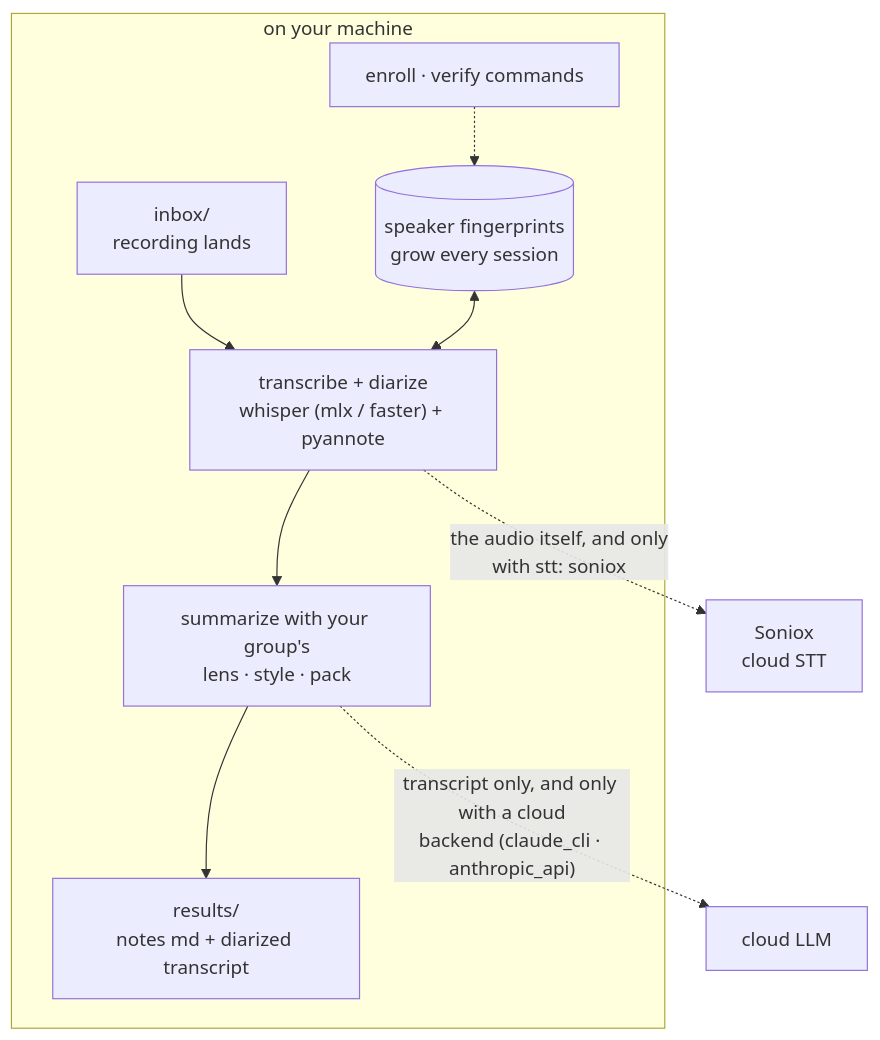
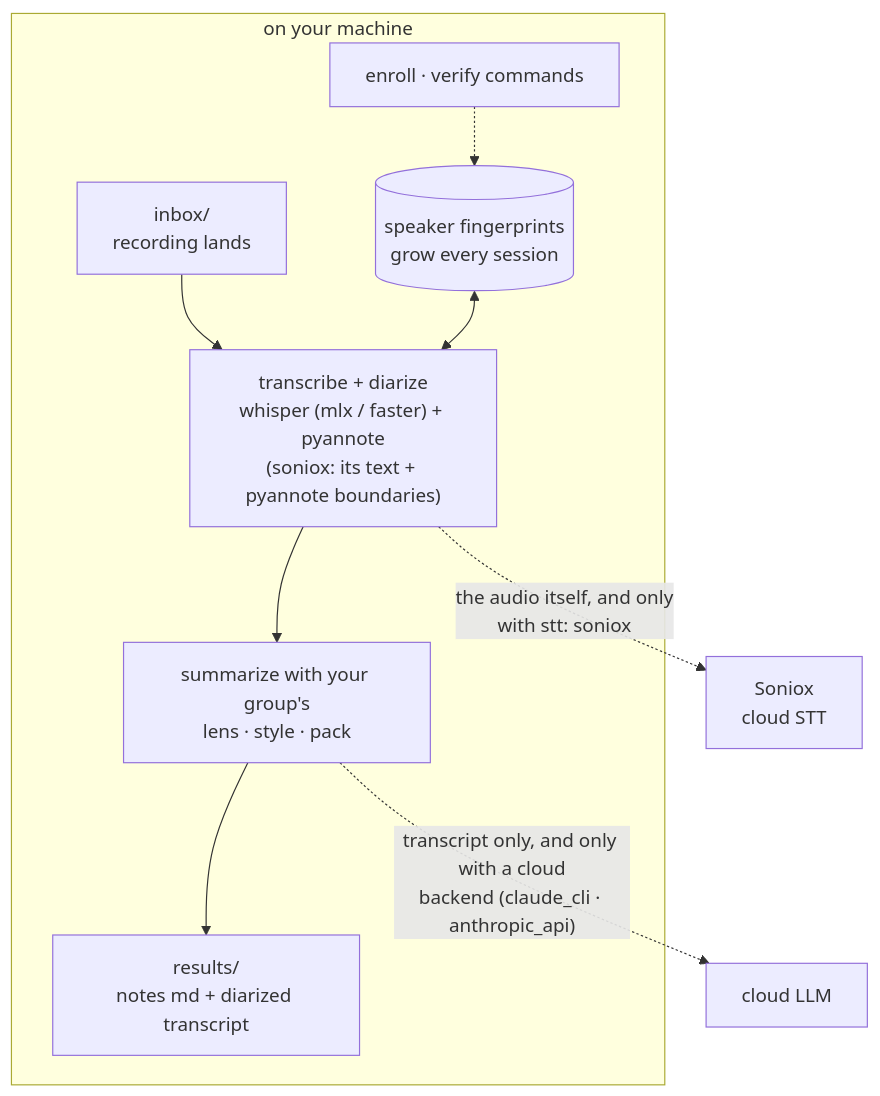
Before and after one commit to kemy-ai/moim-scribe: the diagram in README.md, drawn with Mermaid. The commit also changed other lines of this file and 9 other files, not shown here.

````diff
--- a/README.md
+++ b/README.md
@@ -13,12 +13,12 @@
 ```mermaid
 flowchart TD
     subgraph machine["on your machine"]
-        A["inbox/<br>recording lands"] --> B["transcribe + diarize<br>whisper (mlx / faster) + pyannote"]
+        A["inbox/<br>recording lands"] --> B["transcribe + diarize<br>whisper (mlx / faster) + pyannote<br>(soniox: its text + pyannote boundaries)"]
         FP[("speaker fingerprints<br>grow every session")] <--> B
         B --> C["summarize with your group's<br>lens · style · pack"]
         C --> D["results/<br>notes md + diarized transcript"]
         V["enroll · verify commands"] -.-> FP
     end
     B -.->|"the audio itself, and only<br>with stt: soniox"| STT["Soniox<br>cloud STT"]
     C -.->|"transcript only, and only with a cloud<br>backend (claude_cli · anthropic_api)"| LLM["cloud LLM"]
 ```
````
